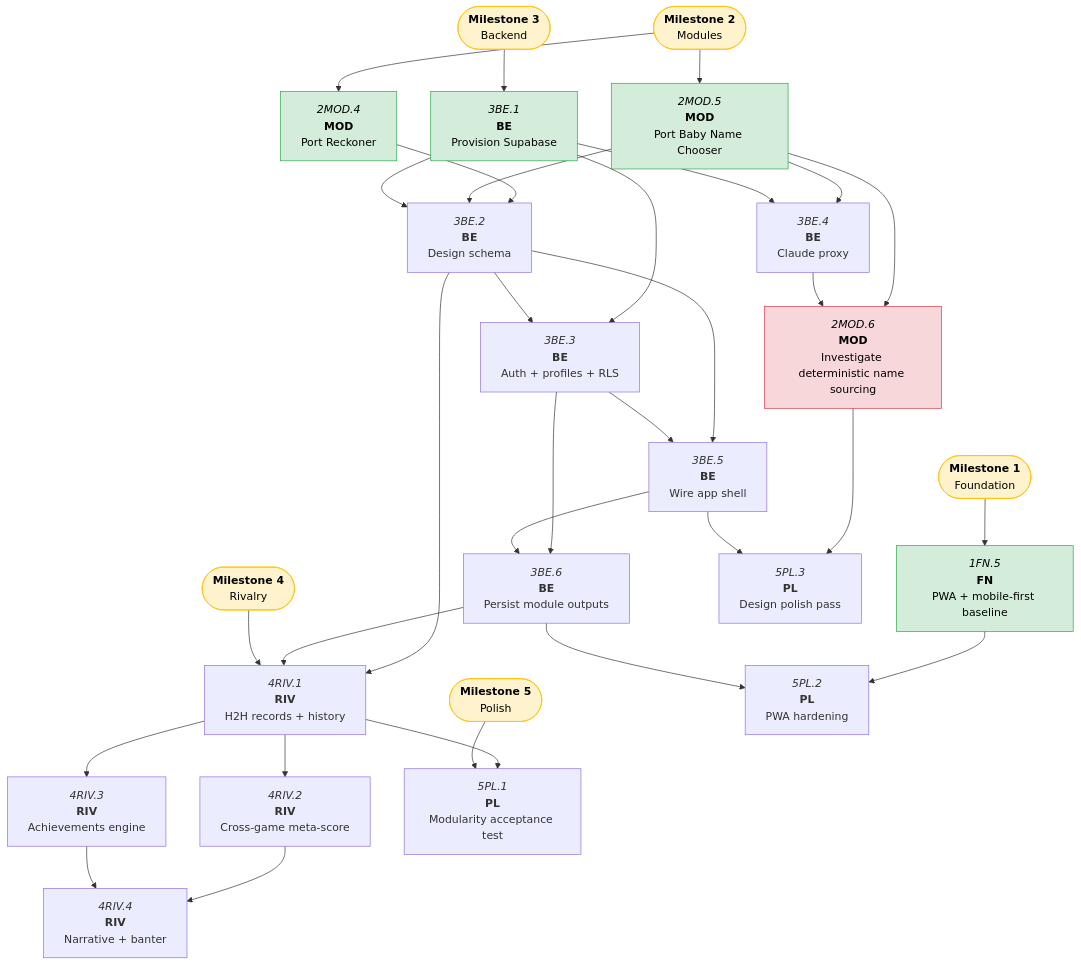
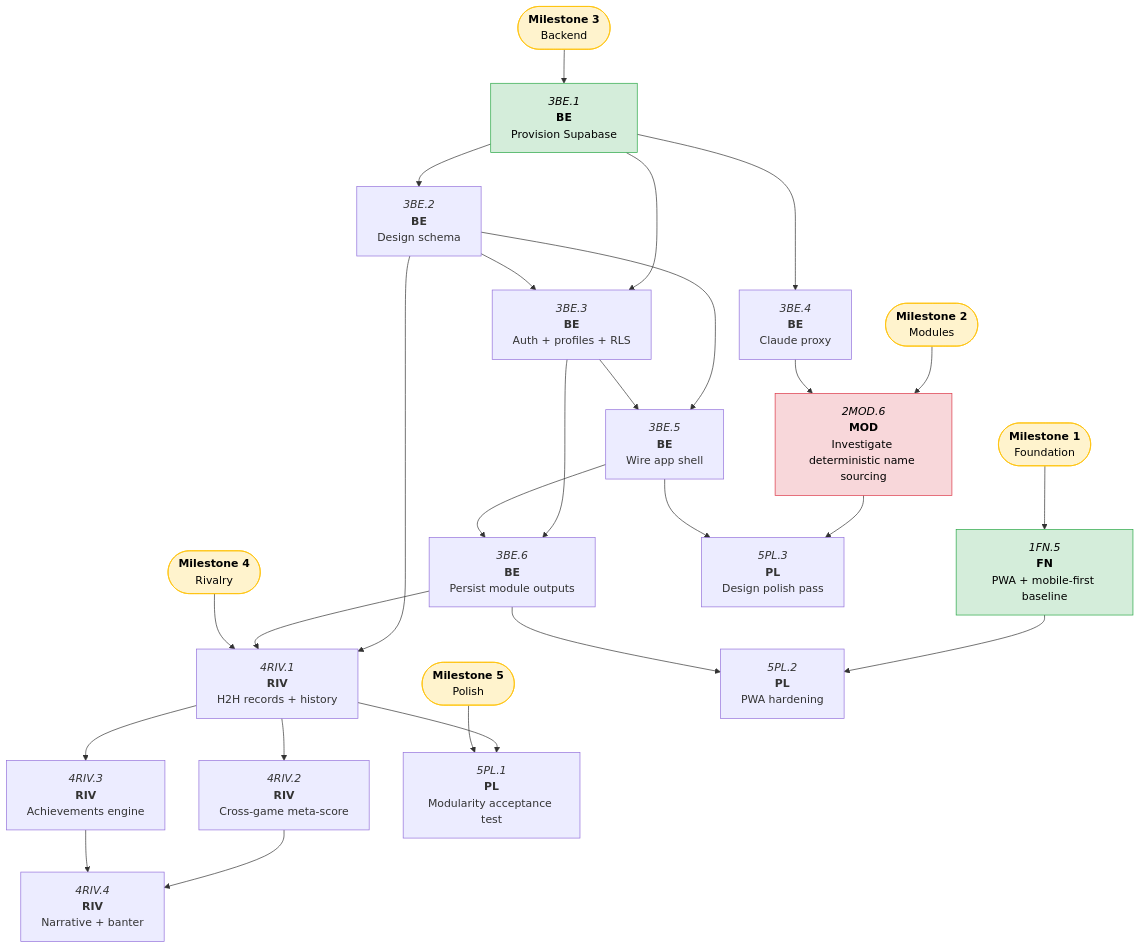
Before and after one commit to JasonWarrenUK/tallywhack: the diagram in docs/roadmaps/tallywhack.md, drawn with Mermaid.

````diff
--- a/docs/roadmaps/tallywhack.md
+++ b/docs/roadmaps/tallywhack.md
@@ -11,68 +11,62 @@
 ```mermaid
 flowchart TD
   classDef open fill:#d4edda,stroke:#28a745,color:#000
   classDef blocked fill:#f8d7da,stroke:#dc3545,color:#000
   classDef mile fill:#fff3cd,stroke:#ffc107,color:#000
 
   M1(["`**Milestone 1**<br/>Foundation`"]):::mile
   M2(["`**Milestone 2**<br/>Modules`"]):::mile
   M3(["`**Milestone 3**<br/>Backend`"]):::mile
   M4(["`**Milestone 4**<br/>Rivalry`"]):::mile
   M5(["`**Milestone 5**<br/>Polish`"]):::mile
 
   1FN5["`*1FN.5*<br/>**FN**<br/>PWA + mobile-first baseline`"]:::open
 
-  2MOD4["`*2MOD.4*<br/>**MOD**<br/>Port Reckoner`"]:::open
-  2MOD5["`*2MOD.5*<br/>**MOD**<br/>Port Baby Name Chooser`"]:::open
   2MOD6["`*2MOD.6*<br/>**MOD**<br/>Investigate deterministic name sourcing`"]:::blocked
 
   3BE1["`*3BE.1*<br/>**BE**<br/>Provision Supabase`"]:::open
   3BE2["`*3BE.2*<br/>**BE**<br/>Design schema`"]
   3BE3["`*3BE.3*<br/>**BE**<br/>Auth + profiles + RLS`"]
   3BE4["`*3BE.4*<br/>**BE**<br/>Claude proxy`"]
   3BE5["`*3BE.5*<br/>**BE**<br/>Wire app shell`"]
   3BE6["`*3BE.6*<br/>**BE**<br/>Persist module outputs`"]
 
   4RIV1["`*4RIV.1*<br/>**RIV**<br/>H2H records + history`"]
   4RIV2["`*4RIV.2*<br/>**RIV**<br/>Cross-game meta-score`"]
   4RIV3["`*4RIV.3*<br/>**RIV**<br/>Achievements engine`"]
   4RIV4["`*4RIV.4*<br/>**RIV**<br/>Narrative + banter`"]
 
   5PL1["`*5PL.1*<br/>**PL**<br/>Modularity acceptance test`"]
   5PL2["`*5PL.2*<br/>**PL**<br/>PWA hardening`"]
   5PL3["`*5PL.3*<br/>**PL**<br/>Design polish pass`"]
 
   M1 --> 1FN5
   1FN5 --> 5PL2
 
-  M2 --> 2MOD4 & 2MOD5
-  2MOD4 --> 3BE2
-  2MOD5 --> 3BE2
-  2MOD5 --> 3BE4
-  2MOD5 --> 2MOD6
+  M2 --> 2MOD6
   3BE4 --> 2MOD6
   2MOD6 --> 5PL3
 
   M3 --> 3BE1
   3BE1 --> 3BE2
   3BE1 --> 3BE3
   3BE1 --> 3BE4
   3BE2 --> 3BE3
   3BE2 --> 3BE5
   3BE2 --> 4RIV1
   3BE3 --> 3BE5
   3BE3 --> 3BE6
   3BE5 --> 3BE6
   3BE5 --> 5PL3
   3BE6 --> 4RIV1
   3BE6 --> 5PL2
 
   M4 --> 4RIV1
   4RIV1 --> 4RIV2
   4RIV1 --> 4RIV3
   4RIV1 --> 5PL1
   4RIV2 --> 4RIV4
   4RIV3 --> 4RIV4
 
   M5 --> 5PL1
 ```
````
